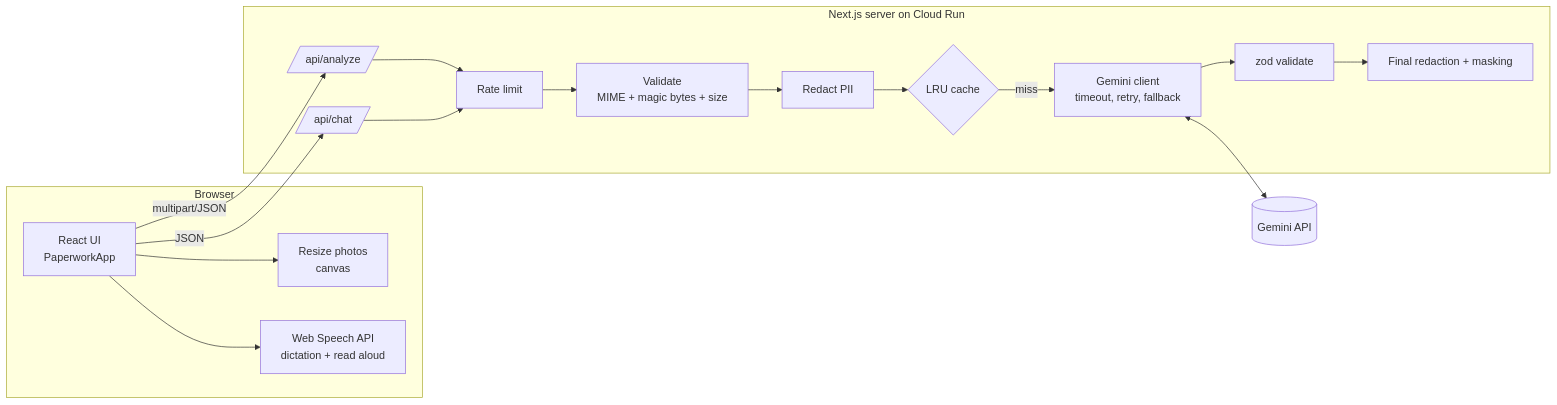
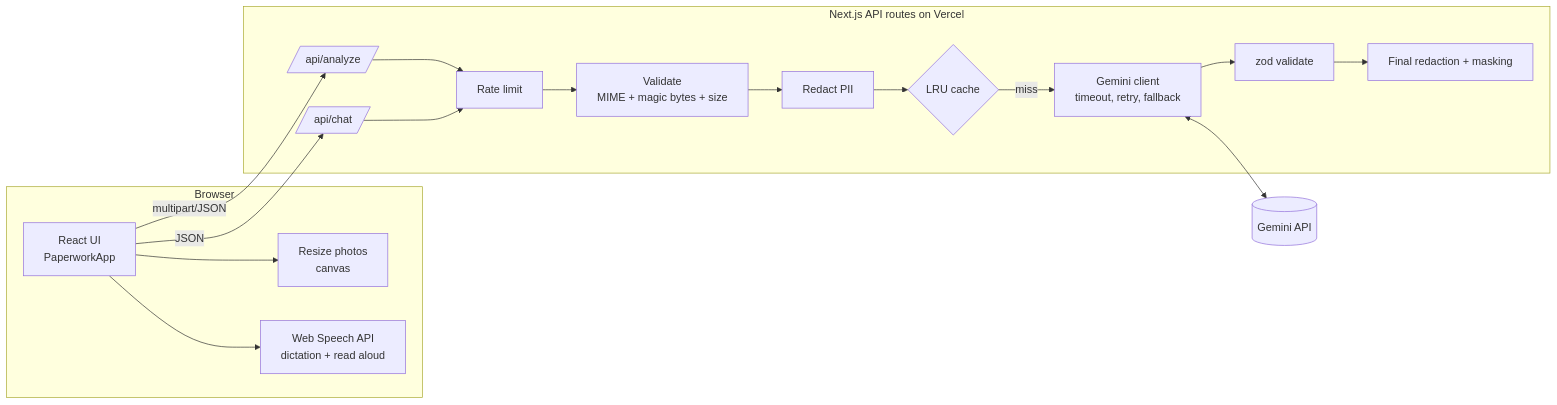
One commit to Madhumathi-18/PaperworkPal changed the diagram in README.md. Above: the diagram before and after it, drawn with Mermaid. The commit also changed other lines of this file and 1 other file, not shown here.

Commit message:
docs: describe Vercel deployment, vertical, approach and assumptions

````diff
--- a/README.md
+++ b/README.md
@@ -99,16 +131,16 @@
 ```mermaid
 flowchart LR
   subgraph Browser
     UI[React UI<br/>PaperworkApp] --> Img[Resize photos<br/>canvas]
     UI --> Voice[Web Speech API<br/>dictation + read aloud]
   end
   UI -- multipart/JSON --> A[/api/analyze/]
   UI -- JSON --> C[/api/chat/]
-  subgraph Server[Next.js server on Cloud Run]
+  subgraph Server[Next.js API routes on Vercel]
     A --> RL[Rate limit] --> V[Validate<br/>MIME + magic bytes + size] --> R[Redact PII] --> K{LRU cache}
     K -- miss --> G[Gemini client<br/>timeout, retry, fallback]
     C --> RL
     G --> S[zod validate] --> F[Final redaction + masking]
   end
   G <--> Gemini[(Gemini API)]
 ```
````
